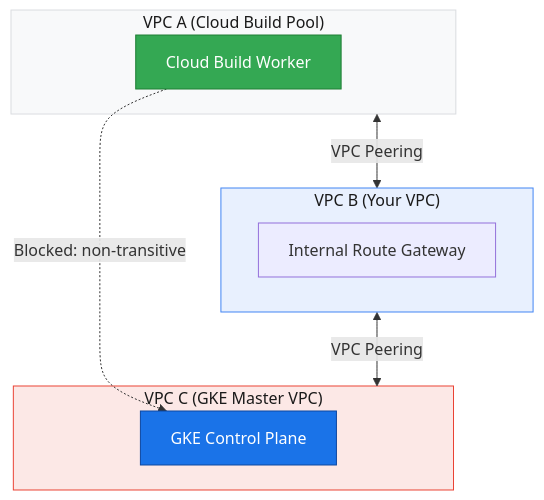
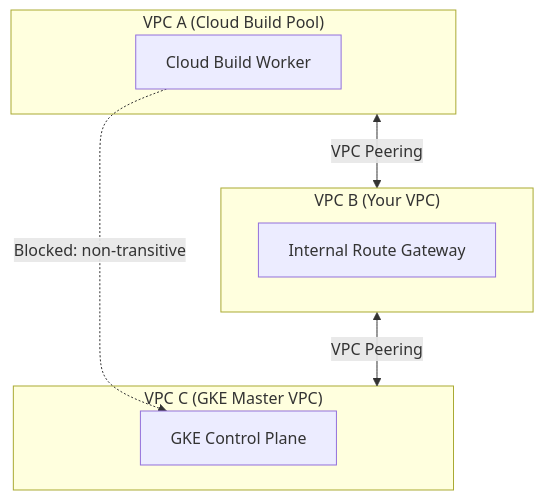
One commit to Rohit1024/portfolio changed the first of 2 diagrams in src/content/blog/cicd-private-gke-dns/index.mdx. Above: the diagram before and after it, drawn with Mermaid. The commit also changed other lines of this file, not shown here.

Commit message:
Update src/content/blog/cicd-private-gke-dns

````diff
--- a/src/content/blog/cicd-private-gke-dns/index.mdx
+++ b/src/content/blog/cicd-private-gke-dns/index.mdx
@@ -18,22 +24,16 @@
 ```mermaid
 graph TD
     subgraph VPCA ["VPC A (Cloud Build Pool)"]
         CB["Cloud Build Worker"]
     end
     subgraph VPCB ["VPC B (Your VPC)"]
         InternalIP["Internal Route Gateway"]
     end
     subgraph VPCC ["VPC C (GKE Master VPC)"]
         GKE["GKE Control Plane"]
     end
     
     VPCA <-->|"VPC Peering"| VPCB
     VPCB <-->|"VPC Peering"| VPCC
     CB -.->|"Blocked: non-transitive"| GKE
-    
-    style VPCA fill:#F8F9FA,stroke:#DADCE0,color:#1a1a1a
-    style VPCB fill:#E8F0FE,stroke:#4285F4,color:#1a1a1a
-    style VPCC fill:#FCE8E6,stroke:#EA4335,color:#1a1a1a
-    style CB fill:#34A853,stroke:#1E7E34,color:#fff
-    style GKE fill:#1A73E8,stroke:#0D47A1,color:#fff
 ```
````
